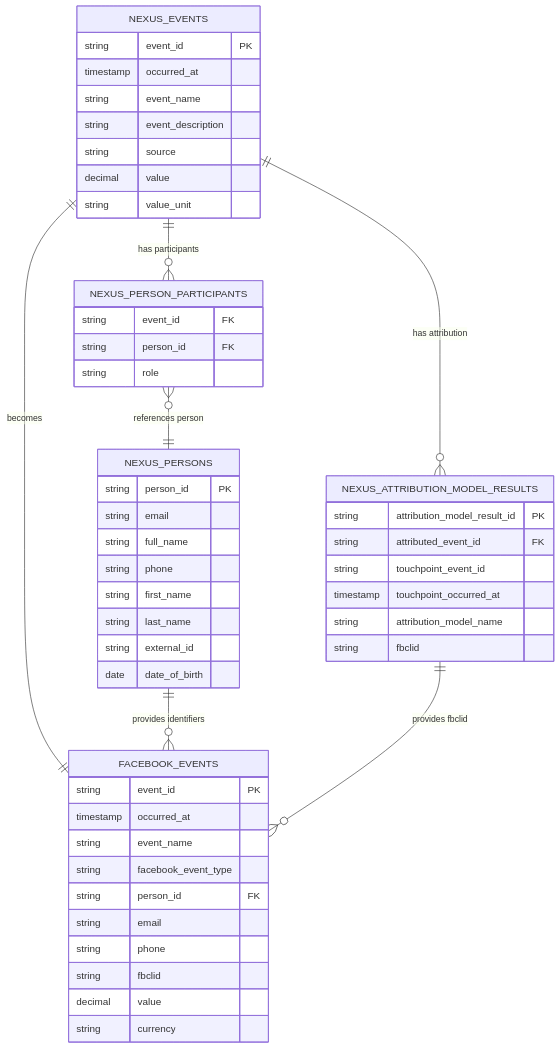
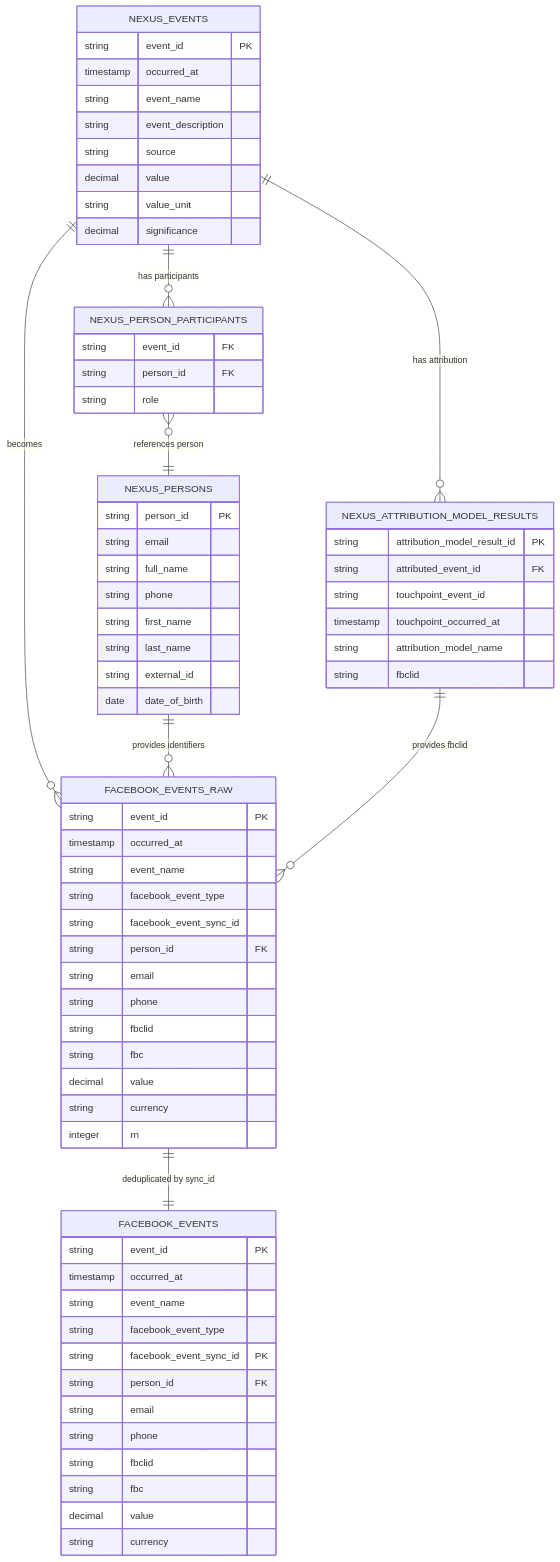
Before and after one commit to slide-rule-tech/dbt-nexus: the diagram in docs/output/facebook_events.md, drawn with Mermaid. The commit also changed other lines of this file, not shown here.

Commit message:
chore: udpate fb events docs

````diff
--- a/docs/output/facebook_events.md
+++ b/docs/output/facebook_events.md
@@ -214,58 +350,78 @@
 ```mermaid
 erDiagram
     NEXUS_EVENTS {
         string event_id PK
         timestamp occurred_at
         string event_name
         string event_description
         string source
         decimal value
         string value_unit
+        decimal significance
     }
 
     NEXUS_PERSON_PARTICIPANTS {
         string event_id FK
         string person_id FK
         string role
     }
 
     NEXUS_PERSONS {
         string person_id PK
         string email
         string full_name
         string phone
         string first_name
         string last_name
         string external_id
         date date_of_birth
     }
 
     NEXUS_ATTRIBUTION_MODEL_RESULTS {
         string attribution_model_result_id PK
         string attributed_event_id FK
         string touchpoint_event_id
         timestamp touchpoint_occurred_at
         string attribution_model_name
         string fbclid
     }
 
+    FACEBOOK_EVENTS_RAW {
+        string event_id PK
+        timestamp occurred_at
+        string event_name
+        string facebook_event_type
+        string facebook_event_sync_id
+        string person_id FK
+        string email
+        string phone
+        string fbclid
+        string fbc
+        decimal value
+        string currency
+        integer rn
+    }
+
     FACEBOOK_EVENTS {
         string event_id PK
         timestamp occurred_at
         string event_name
         string facebook_event_type
+        string facebook_event_sync_id PK
         string person_id FK
         string email
         string phone
         string fbclid
+        string fbc
         decimal value
         string currency
     }
 
     NEXUS_EVENTS ||--o{ NEXUS_PERSON_PARTICIPANTS : "has participants"
     NEXUS_PERSON_PARTICIPANTS }o--|| NEXUS_PERSONS : "references person"
     NEXUS_EVENTS ||--o{ NEXUS_ATTRIBUTION_MODEL_RESULTS : "has attribution"
-    NEXUS_EVENTS ||--|| FACEBOOK_EVENTS : "becomes"
-    NEXUS_PERSONS ||--o{ FACEBOOK_EVENTS : "provides identifiers"
-    NEXUS_ATTRIBUTION_MODEL_RESULTS ||--o{ FACEBOOK_EVENTS : "provides fbclid"
+    NEXUS_EVENTS ||--o{ FACEBOOK_EVENTS_RAW : "becomes"
+    NEXUS_PERSONS ||--o{ FACEBOOK_EVENTS_RAW : "provides identifiers"
+    NEXUS_ATTRIBUTION_MODEL_RESULTS ||--o{ FACEBOOK_EVENTS_RAW : "provides fbclid"
+    FACEBOOK_EVENTS_RAW ||--|| FACEBOOK_EVENTS : "deduplicated by sync_id"
 ```
````
